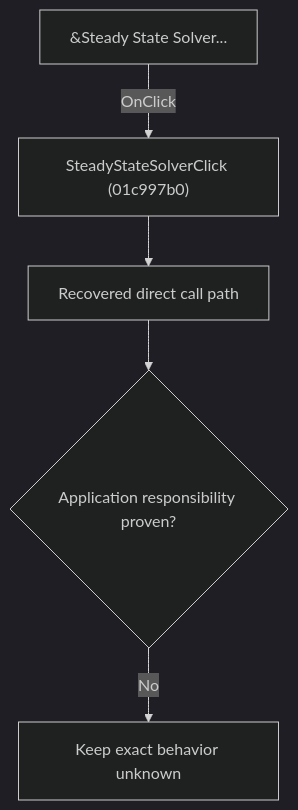
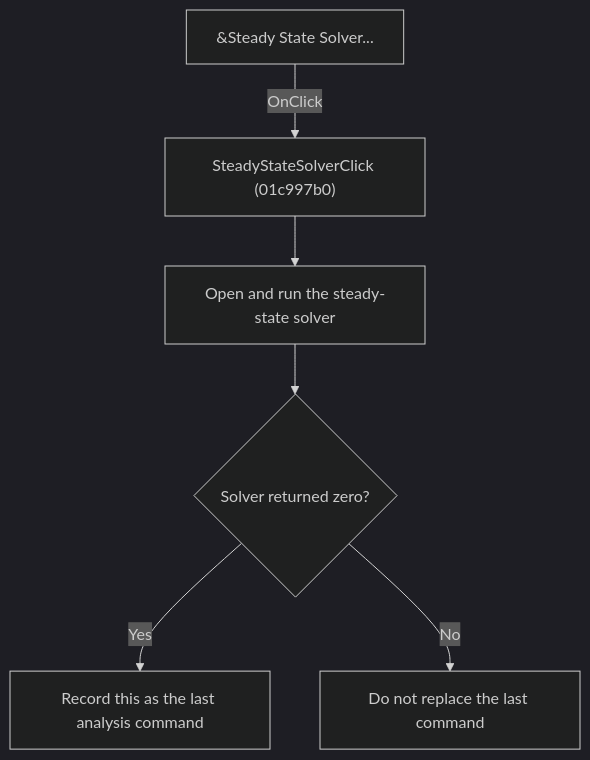
Before and after one commit to MovGP0/TIARA: the diagram in docs/ui-controls/schematiceditor/steadystatesolver-0df8550e46.md, drawn with Mermaid (dark theme). The commit also changed other lines of this file and 241 other files, not shown here.

````diff
--- a/docs/ui-controls/schematiceditor/steadystatesolver-0df8550e46.md
+++ b/docs/ui-controls/schematiceditor/steadystatesolver-0df8550e46.md
@@ -27,7 +25,8 @@
 ```mermaid
 flowchart TD
     control["&Steady State Solver..."] -->|"OnClick"| handler["SteadyStateSolverClick (01c997b0)"]
-    handler --> recovered["Recovered direct call path"]
-    recovered --> gap{"Application responsibility proven?"}
-    gap -->|"No"| blocked["Keep exact behavior unknown"]
+    handler --> solver["Open and run the steady-state solver"]
+    solver --> success{"Solver returned zero?"}
+    success -->|"Yes"| remember["Record this as the last analysis command"]
+    success -->|"No"| keep["Do not replace the last command"]
 ```
````
